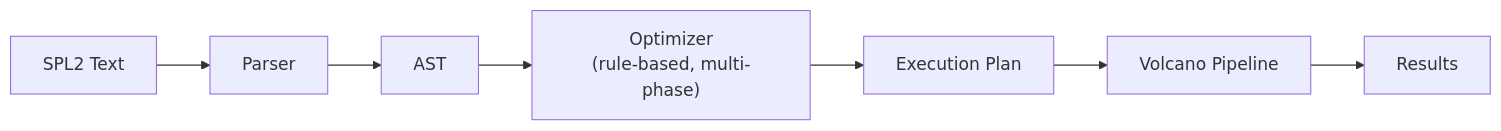
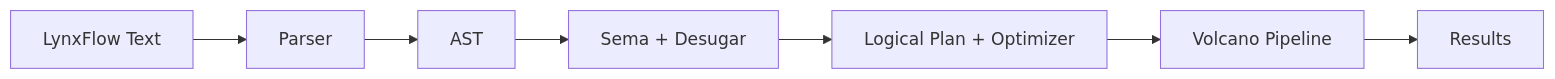
One commit to CrazyForks/lynxdb changed the second of 2 diagrams in docs/site/docs/architecture/overview.md. Above: the diagram before and after it, drawn with Mermaid. The commit also changed other lines of this file and 66 other files, not shown here.

First line of the commit message:
fix: repair rsigma drift CI and finish the SPL2-to-LynxFlow docs sweep

````diff
--- a/docs/site/docs/architecture/overview.md
+++ b/docs/site/docs/architecture/overview.md
@@ -151,9 +151,9 @@
 ```mermaid
 flowchart LR
-    A["SPL2 Text"] --> B["Parser"]
+    A["LynxFlow Text"] --> B["Parser"]
     B --> C["AST"]
-    C --> D["Optimizer<br/>(rule-based, multi-phase)"]
-    D --> E["Execution Plan"]
+    C --> D["Sema + Desugar"]
+    D --> E["Logical Plan + Optimizer"]
     E --> F["Volcano Pipeline"]
     F --> G["Results"]
 ```
````
